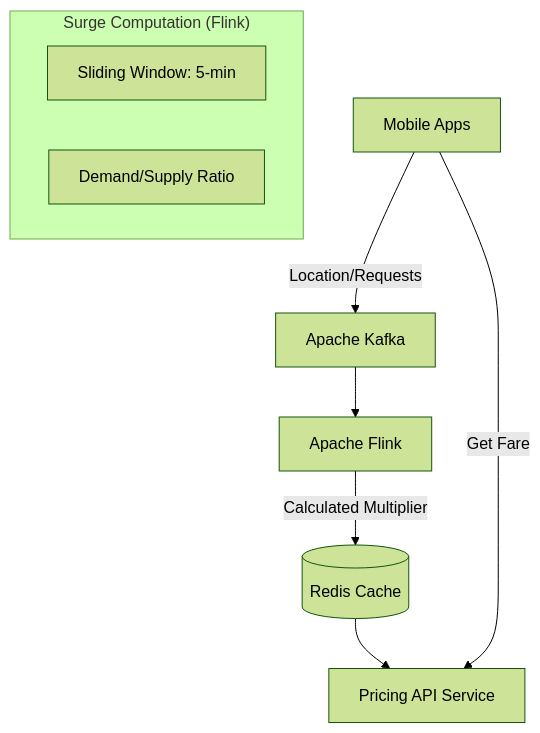
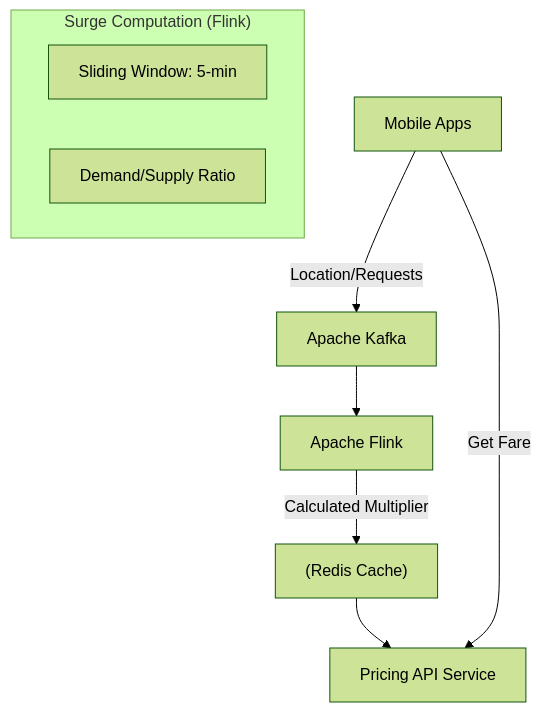
Before and after one commit to vesviet/vesviet: the diagram in content/posts/surge-pricing-optimization-architecture.md, drawn with Mermaid (forest theme). The commit also changed other lines of this file and 331 other files, not shown here.

````diff
--- a/content/posts/surge-pricing-optimization-architecture.md
+++ b/content/posts/surge-pricing-optimization-architecture.md
@@ -68,14 +68,14 @@
 ```mermaid
 flowchart TD
-    App[Mobile Apps] -->|Location/Requests| Kafka[Apache Kafka]
-    Kafka --> Flink[Apache Flink]
+    App["Mobile Apps"] -->|"Location/Requests"| Kafka["Apache Kafka"]
+    Kafka --> Flink["Apache Flink"]
     
     subgraph Stream_Processing["Surge Computation (Flink)"]
-        Flink_Window[Sliding Window: 5-min]
-        Flink_Calc[Demand/Supply Ratio]
+        Flink_Window["Sliding Window: 5-min"]
+        Flink_Calc["Demand/Supply Ratio"]
     end
     
-    Flink -->|Calculated Multiplier| Redis[(Redis Cache)]
-    Redis --> API[Pricing API Service]
-    App -->|Get Fare| API
+    Flink -->|"Calculated Multiplier"| Redis["(Redis Cache)"]
+    Redis --> API["Pricing API Service"]
+    App -->|"Get Fare"| API
 ```
````
